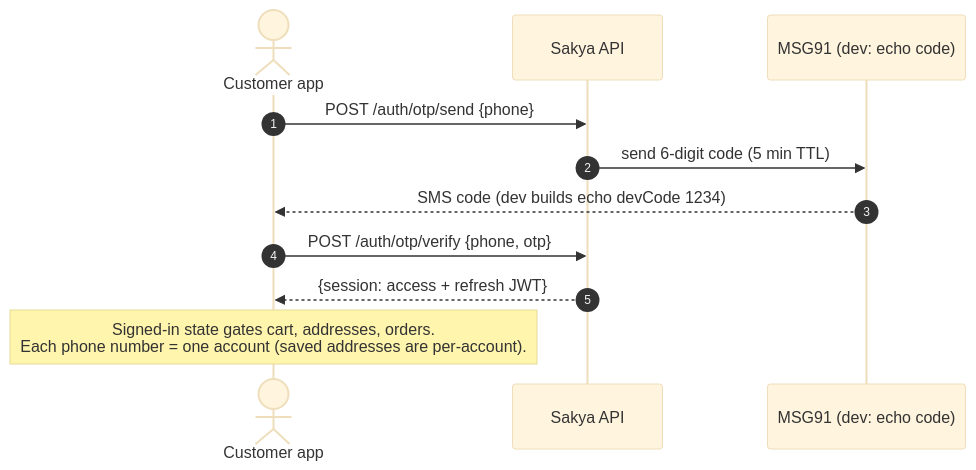
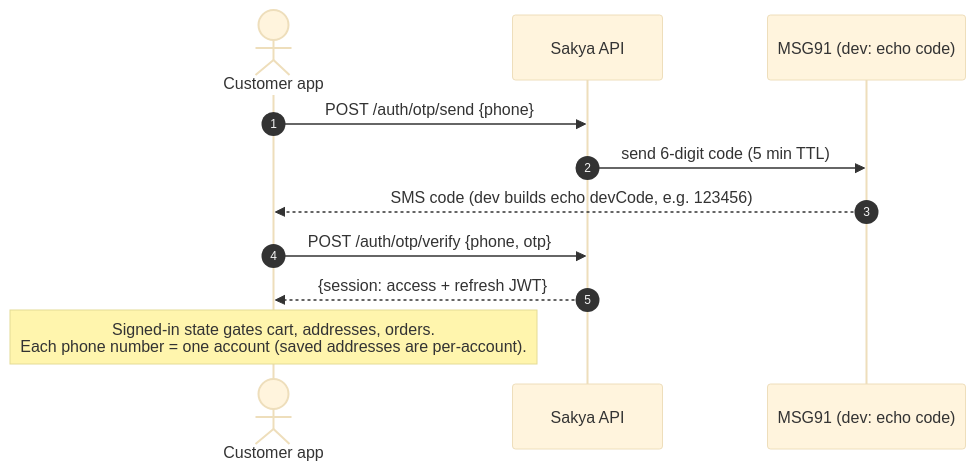
Before and after one commit to Sayeed613/Sakya-Farm-App: the first of 9 diagrams in docs/system-flow.md, drawn with Mermaid (base theme). The commit also changed 64 other files, not shown here.

````diff
--- a/docs/system-flow.md
+++ b/docs/system-flow.md
@@ -21,14 +21,14 @@
 ```mermaid
 sequenceDiagram
     autonumber
     actor C as Customer app
     participant API as Sakya API
     participant MSG as MSG91 (dev: echo code)
 
     C->>API: POST /auth/otp/send {phone}
     API->>MSG: send 6-digit code (5 min TTL)
-    MSG-->>C: SMS code (dev builds echo devCode 1234)
+    MSG-->>C: SMS code (dev builds echo devCode, e.g. 123456)
     C->>API: POST /auth/otp/verify {phone, otp}
     API-->>C: {session: access + refresh JWT}
     Note over C: Signed-in state gates cart, addresses, orders.<br/>Each phone number = one account (saved addresses are per-account).
 ```
````
